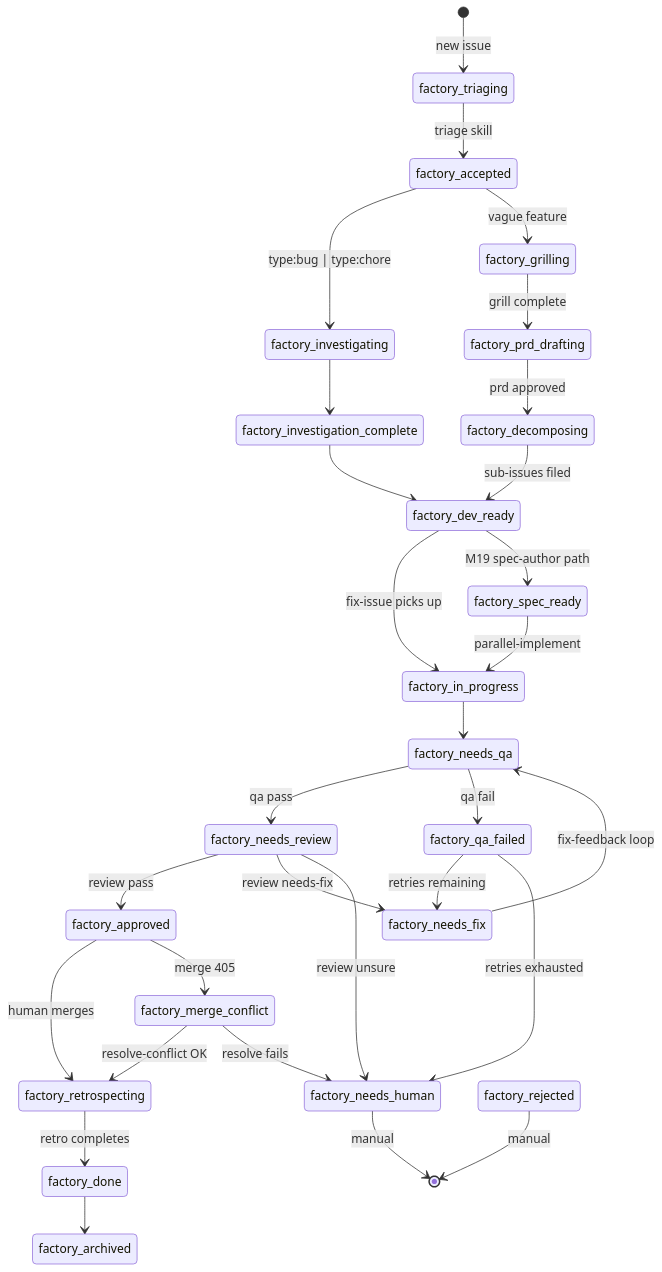
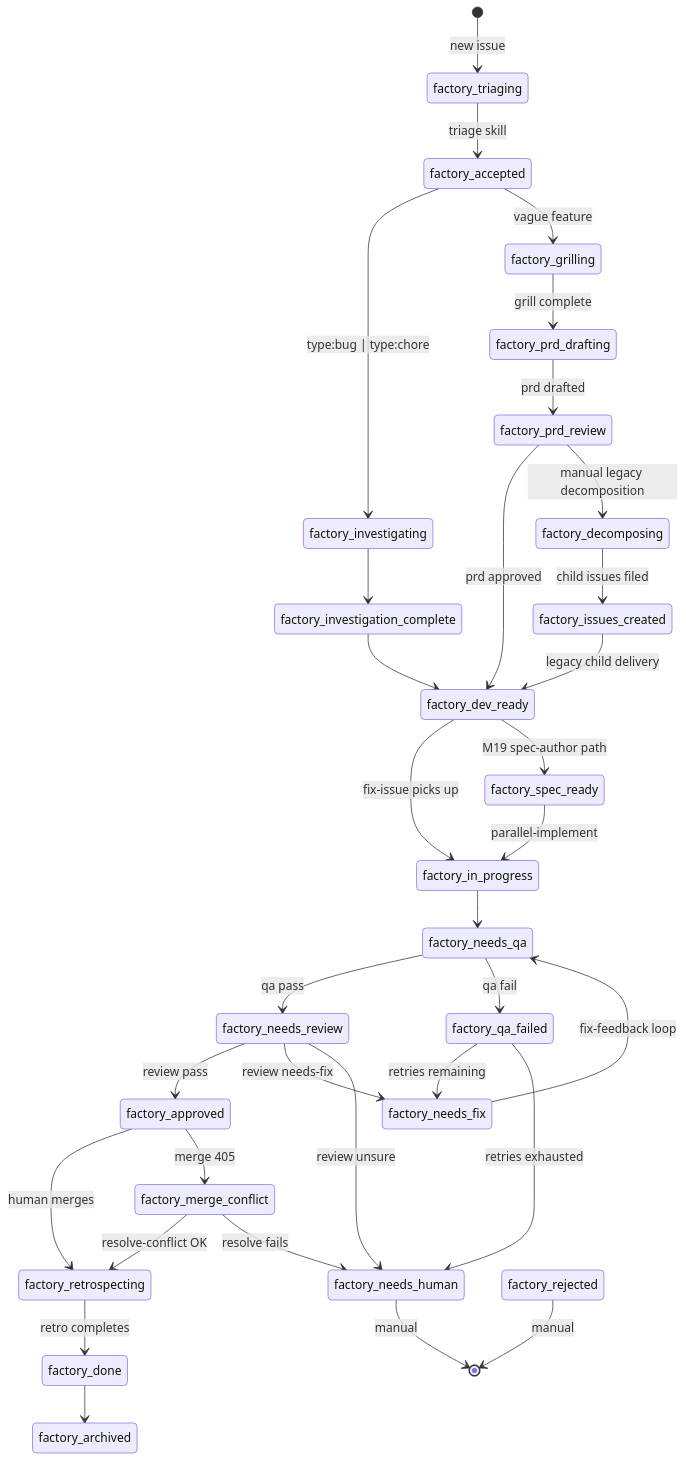
The fourth of 7 diagrams in docs/review/03-flows.md (shaunnez/goose-hub), drawn with Mermaid before and after one commit. The commit also changed other lines of this file and 43 other files, not shown here.

````diff
--- a/docs/review/03-flows.md
+++ b/docs/review/03-flows.md
@@ -119,32 +119,35 @@
 ```mermaid
 stateDiagram-v2
     [*] --> factory_triaging : new issue
     factory_triaging --> factory_accepted : triage skill
     factory_accepted --> factory_investigating : type:bug | type:chore
     factory_accepted --> factory_grilling : vague feature
     factory_grilling --> factory_prd_drafting : grill complete
-    factory_prd_drafting --> factory_decomposing : prd approved
-    factory_decomposing --> factory_dev_ready : sub-issues filed
+    factory_prd_drafting --> factory_prd_review : prd drafted
+    factory_prd_review --> factory_dev_ready : prd approved
+    factory_prd_review --> factory_decomposing : manual legacy decomposition
+    factory_decomposing --> factory_issues_created : child issues filed
+    factory_issues_created --> factory_dev_ready : legacy child delivery
     factory_investigating --> factory_investigation_complete
     factory_investigation_complete --> factory_dev_ready
     factory_dev_ready --> factory_in_progress : fix-issue picks up
     factory_dev_ready --> factory_spec_ready : M19 spec-author path
     factory_spec_ready --> factory_in_progress : parallel-implement
     factory_in_progress --> factory_needs_qa
     factory_needs_qa --> factory_needs_review : qa pass
     factory_needs_qa --> factory_qa_failed : qa fail
     factory_qa_failed --> factory_needs_fix : retries remaining
     factory_qa_failed --> factory_needs_human : retries exhausted
     factory_needs_fix --> factory_needs_qa : fix-feedback loop
     factory_needs_review --> factory_approved : review pass
     factory_needs_review --> factory_needs_fix : review needs-fix
     factory_needs_review --> factory_needs_human : review unsure
     factory_approved --> factory_retrospecting : human merges
     factory_approved --> factory_merge_conflict : merge 405
     factory_merge_conflict --> factory_retrospecting : resolve-conflict OK
     factory_merge_conflict --> factory_needs_human : resolve fails
     factory_retrospecting --> factory_done : retro completes
     factory_done --> factory_archived
     factory_needs_human --> [*] : manual
     factory_rejected --> [*] : manual
 ```
````
